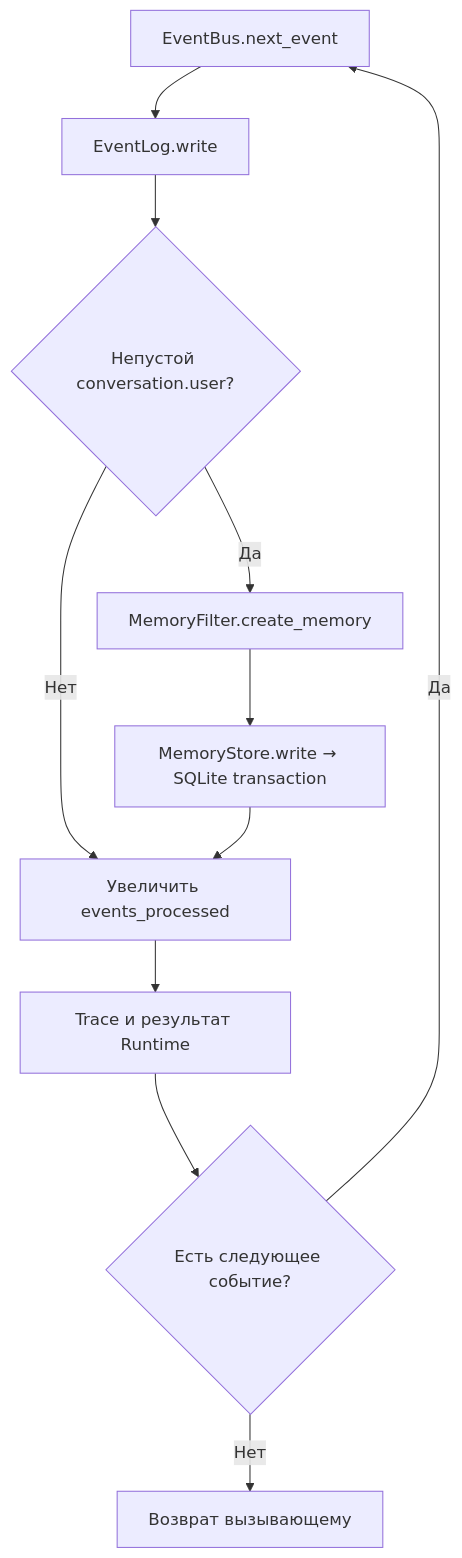
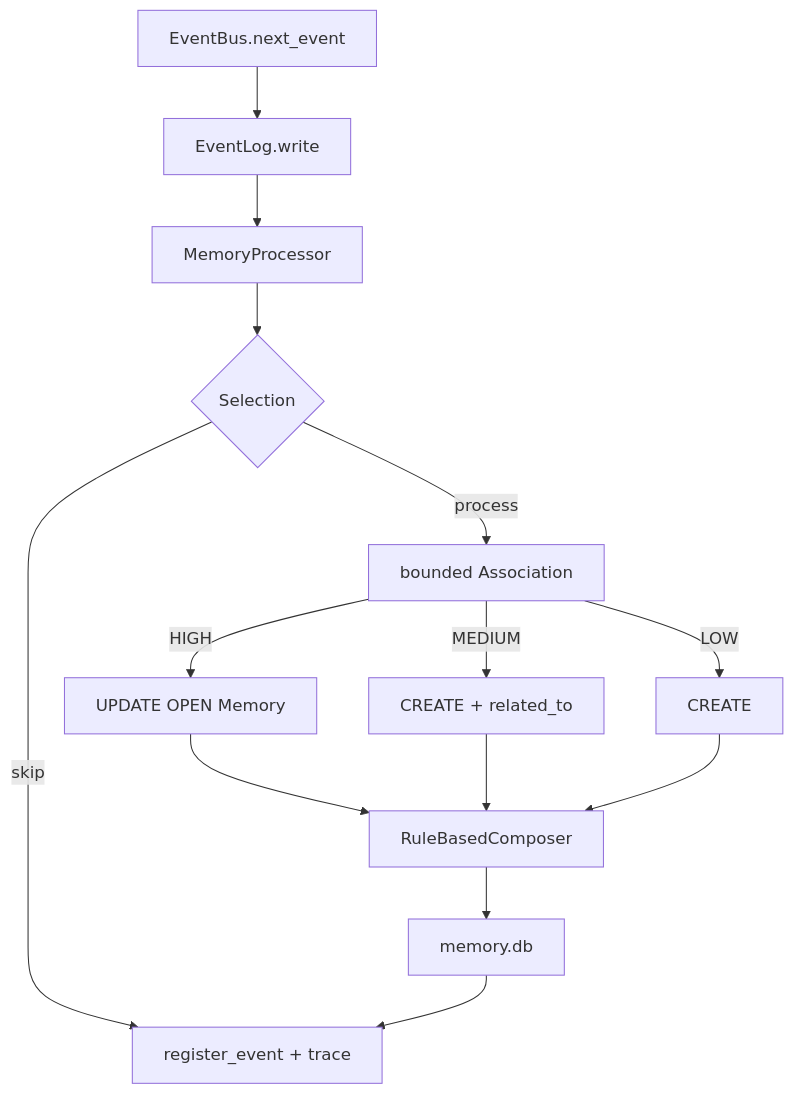
Before and after one commit to VankoRokh/ANIMA: the diagram in docs/ARCHITECTURE/README.md, drawn with Mermaid. The commit also changed other lines of this file, not shown here.

Commit message:
docs: synchronize implemented cognitive memory architecture

````diff
--- a/docs/ARCHITECTURE/README.md
+++ b/docs/ARCHITECTURE/README.md
@@ -36,13 +43,16 @@
 ```mermaid
 flowchart TD
     Q["EventBus.next_event"] --> L["EventLog.write"]
-    L --> F{"Непустой conversation.user?"}
-    F -->|Да| M["MemoryFilter.create_memory"]
-    M --> DB["MemoryStore.write → SQLite transaction"]
-    F -->|Нет| S["Увеличить events_processed"]
-    DB --> S
-    S --> T["Trace и результат Runtime"]
-    T --> N{"Есть следующее событие?"}
-    N -->|Да| Q
-    N -->|Нет| E["Возврат вызывающему"]
+    L --> P["MemoryProcessor"]
+    P --> S{"Selection"}
+    S -->|skip| R["register_event + trace"]
+    S -->|process| A["bounded Association"]
+    A -->|HIGH| U["UPDATE OPEN Memory"]
+    A -->|MEDIUM| C["CREATE + related_to"]
+    A -->|LOW| N["CREATE"]
+    U --> X["RuleBasedComposer"]
+    C --> X
+    N --> X
+    X --> DB["memory.db"]
+    DB --> R
 ```
````
